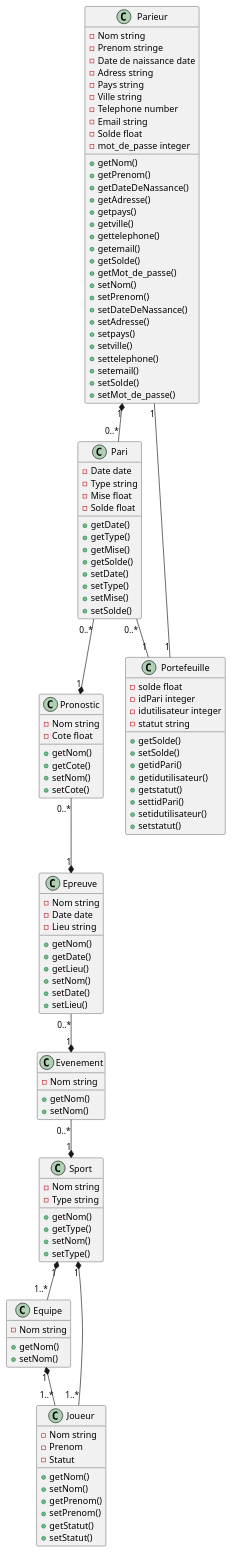
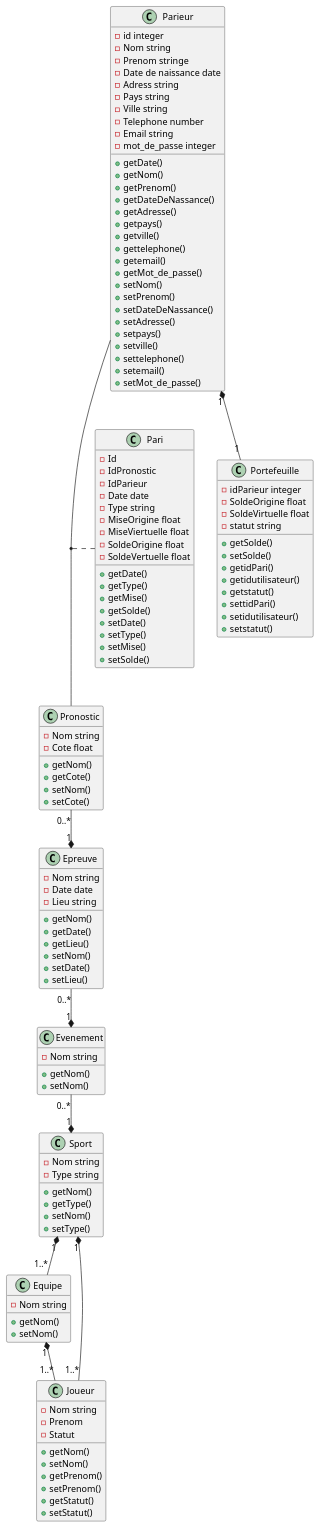
Before and after one commit to OFP-CDA-Mulhouse-2020/parisportif4: the diagram in pariSportif.puml, drawn with PlantUML.

Commit message:
update class diagram

```diff
--- a/pariSportif.puml
+++ b/pariSportif.puml
@@ -1,151 +1,154 @@
 @startuml
 class Parieur
 class Pari
 class Pronostic
 class Epreuve
 class Evenement
 class Sport
 
-Parieur "1" *-- "0..*" Pari
-Parieur "1" -- "1" Portefeuille
-Pari "0..*" -- "1" Portefeuille
-Pari "0..*" --* "1" Pronostic
+
+(Parieur, Pronostic) . Pari
+Parieur "1" *-- "1" Portefeuille
 Pronostic "0..*" --* "1" Epreuve
 Epreuve "0..*" --* "1" Evenement
 Evenement "0..*" --* "1" Sport
 Sport "1"*--"1..*" Equipe
 Sport "1" *--"1..*" Joueur
 Equipe "1" *-- "1..*" Joueur
 
 class Parieur {
+    - id integer
     - Nom string
     - Prenom stringe
     - Date de naissance date
     - Adress string
     - Pays string
     - Ville string
     - Telephone number
     - Email string
-    - Solde float
     - mot_de_passe integer
 
+    + getDate()
     + getNom()
     + getPrenom()
     + getDateDeNassance()
     + getAdresse()
     + getpays()
     + getville()
     + gettelephone()
     + getemail()
-    + getSolde()
     + getMot_de_passe()
     + setNom()
     + setPrenom()
     + setDateDeNassance()
     + setAdresse()
     + setpays()
     + setville()
     + settelephone()
     + setemail()
-    + setSolde()
     + setMot_de_passe()
 
 }
 
 class Pari {
+    - Id
+    - IdPronostic
+    - IdParieur
     - Date date
     - Type string
-    - Mise float
-    - Solde float
+    - MiseOrigine float
+    - MiseViertuelle float
+    - SoldeOrigine float
+    - SoldeVertuelle float
 
     + getDate()
     + getType()
     + getMise()
     + getSolde()
     + setDate()
     + setType()
     + setMise()
     + setSolde()
 }
 class Portefeuille {
-    - solde float
-    - idPari integer
-    - idutilisateur integer
+    - idParieur integer
+    - SoldeOrigine float
+    - SoldeVirtuelle float
     - statut string
 
     + getSolde()
     + setSolde()
     + getidPari()
     + getidutilisateur()
     + getstatut()
     + settidPari()
     + setidutilisateur()
     + setstatut()
 
 }
 
 class Pronostic {
     - Nom string
     - Cote float
 
     + getNom()
     + getCote()
     + setNom()
     + setCote()
 }
 
 class Epreuve {
     - Nom string
     - Date date
     - Lieu string
 
     + getNom()
     + getDate()
     + getLieu()
     + setNom()
     + setDate()
     + setLieu()
 
 
 }
 
 class Evenement {
     - Nom string
 
     +getNom()
     +setNom()
 }
 
 class Sport {
     - Nom string
     - Type string
 
     + getNom()
     + getType()
     + setNom()
     + setType()
 
 }
 class Equipe {
     - Nom string
 
     + getNom()
     + setNom()
 }
 class Joueur {
     - Nom string
     - Prenom
     - Statut
 
     + getNom()
     + setNom()
     + getPrenom()
     + setPrenom()
     + getStatut()
     + setStatut()
 
 }
 
 
 
 @enduml
```
